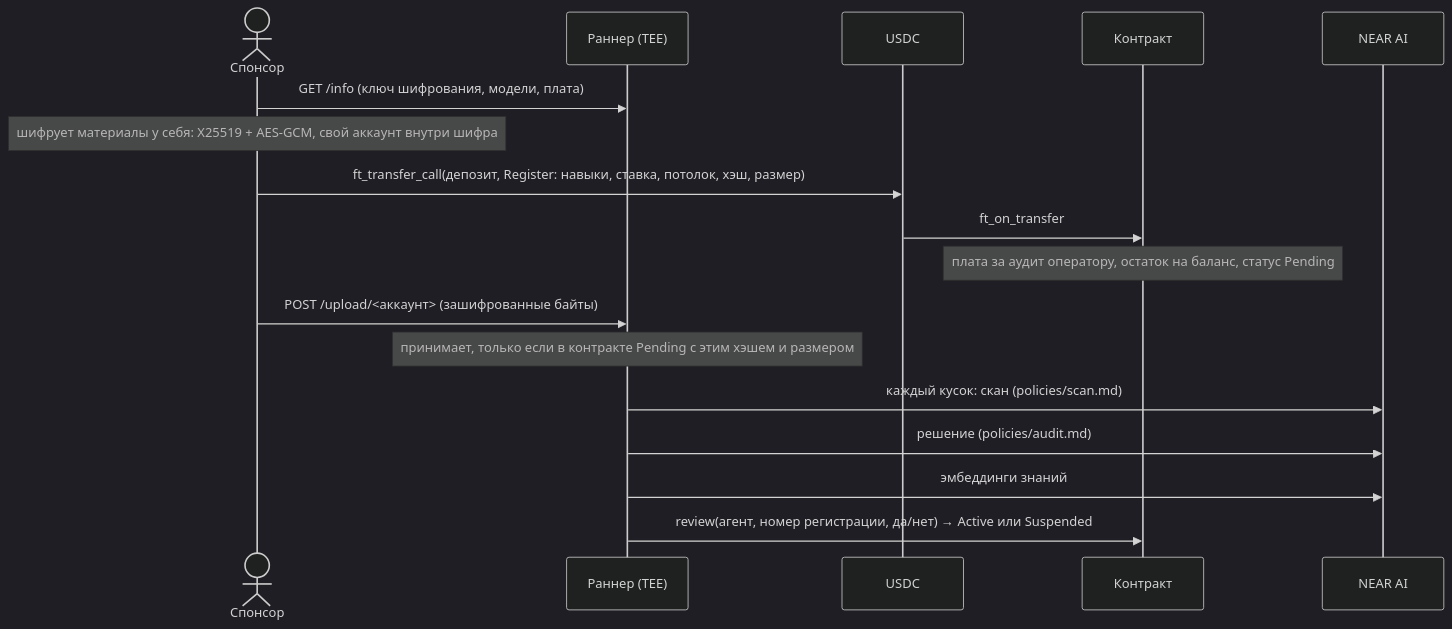
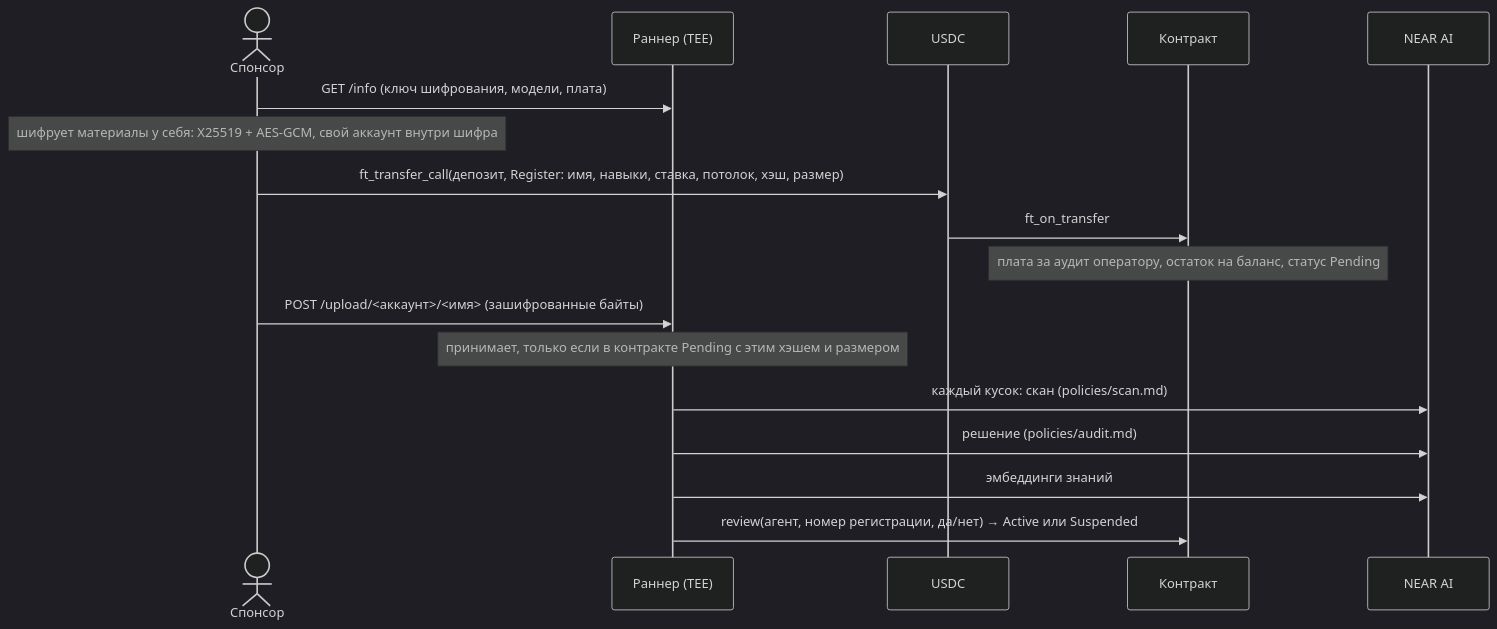
One commit to Sunnesoft/hive changed the first of 2 diagrams in docs/PROTOCOL.md. Above: the diagram before and after it, drawn with Mermaid (dark theme). The commit also changed other lines of this file and 38 other files, not shown here.

````diff
--- a/docs/PROTOCOL.md
+++ b/docs/PROTOCOL.md
@@ -37,19 +50,19 @@
 ```mermaid
 sequenceDiagram
   actor S as Спонсор
   participant R as Раннер (TEE)
   participant T as USDC
   participant C as Контракт
   participant M as NEAR AI
   S->>R: GET /info (ключ шифрования, модели, плата)
   Note over S: шифрует материалы у себя: X25519 + AES-GCM, свой аккаунт внутри шифра
-  S->>T: ft_transfer_call(депозит, Register: навыки, ставка, потолок, хэш, размер)
+  S->>T: ft_transfer_call(депозит, Register: имя, навыки, ставка, потолок, хэш, размер)
   T->>C: ft_on_transfer
   Note over C: плата за аудит оператору, остаток на баланс, статус Pending
-  S->>R: POST /upload/<аккаунт> (зашифрованные байты)
+  S->>R: POST /upload/<аккаунт>/<имя> (зашифрованные байты)
   Note over R: принимает, только если в контракте Pending с этим хэшем и размером
   R->>M: каждый кусок: скан (policies/scan.md)
   R->>M: решение (policies/audit.md)
   R->>M: эмбеддинги знаний
   R->>C: review(агент, номер регистрации, да/нет) → Active или Suspended
 ```
````
